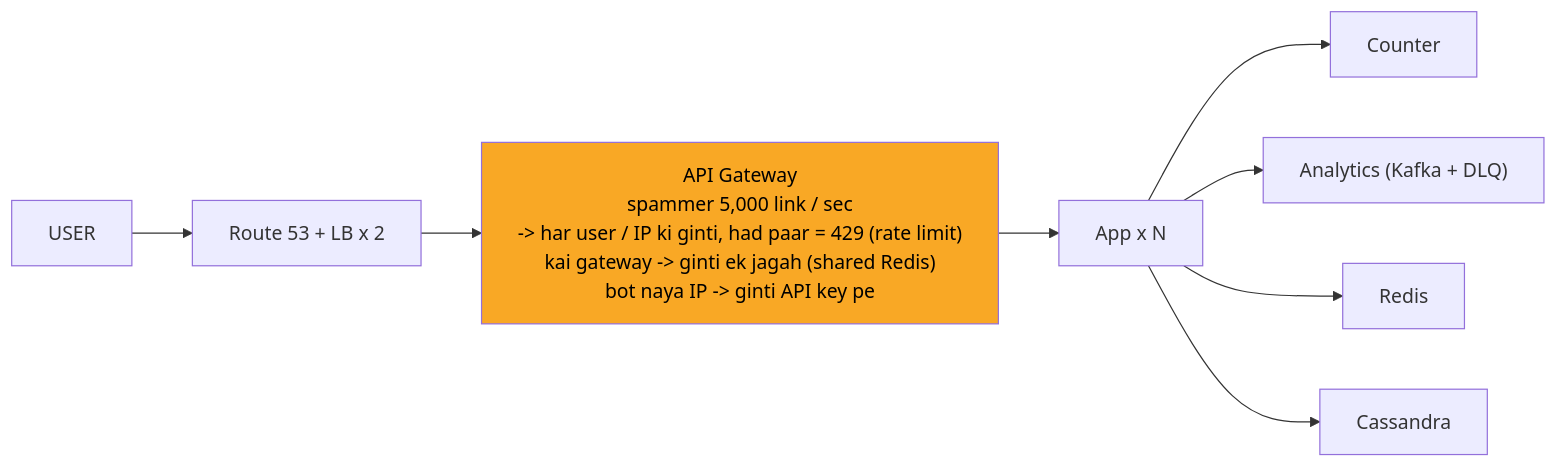
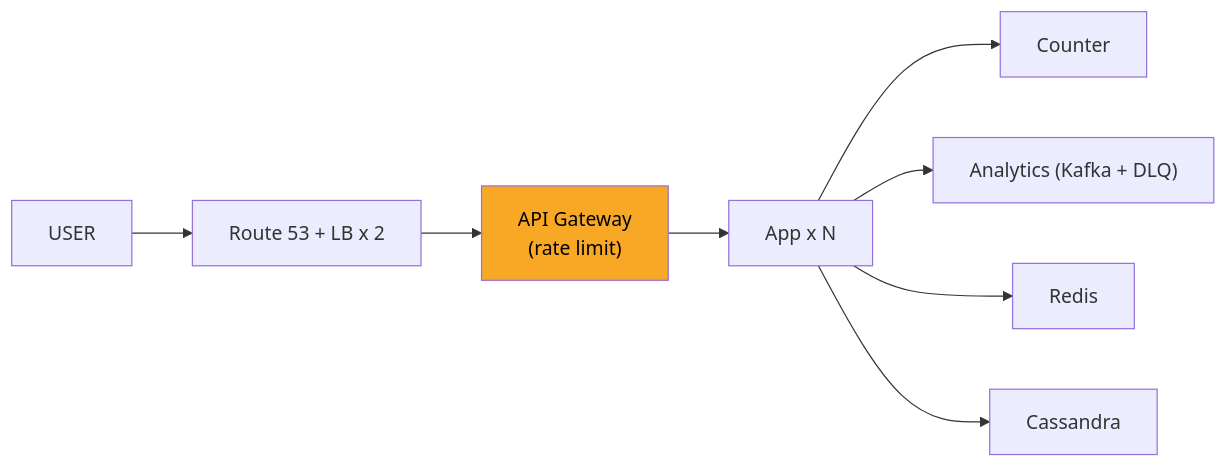
Before and after one commit to ArpanMaheshwari144/Prep: the diagram in 04_HLD/SYSTEM_DESIGNS/01_url_shortener/img/c8.mmd, drawn with Mermaid. The commit also changed 29 other files, not shown here.

```diff
--- a/04_HLD/SYSTEM_DESIGNS/01_url_shortener/img/c8.mmd
+++ b/04_HLD/SYSTEM_DESIGNS/01_url_shortener/img/c8.mmd
@@ -1,18 +1,18 @@
 %%{init: {"flowchart": {"wrappingWidth": 450}}}%%
 flowchart LR
     n_USER["USER"]
     n_EDGE["Route 53 + LB x 2"]
-    n_API_Gateway["API Gateway<br/>spammer 5,000 link / sec<br/>-> har user / IP ki ginti, had paar = 429 (rate limit)<br/>kai gateway -> ginti ek jagah (shared Redis)<br/>bot naya IP -> ginti API key pe"]
+    n_API_Gateway["API Gateway<br/>(rate limit)"]
     n_App_xN["App x N"]
     n_Counter["Counter"]
     n_ANA["Analytics (Kafka + DLQ)"]
     n_Redis["Redis"]
     n_Cassandra["Cassandra"]
     n_USER --> n_EDGE
     n_EDGE --> n_API_Gateway
     n_API_Gateway --> n_App_xN
     n_App_xN --> n_Counter
     n_App_xN --> n_ANA
     n_App_xN --> n_Redis
     n_App_xN --> n_Cassandra
     style n_API_Gateway fill:#f9a825,color:#000
```
